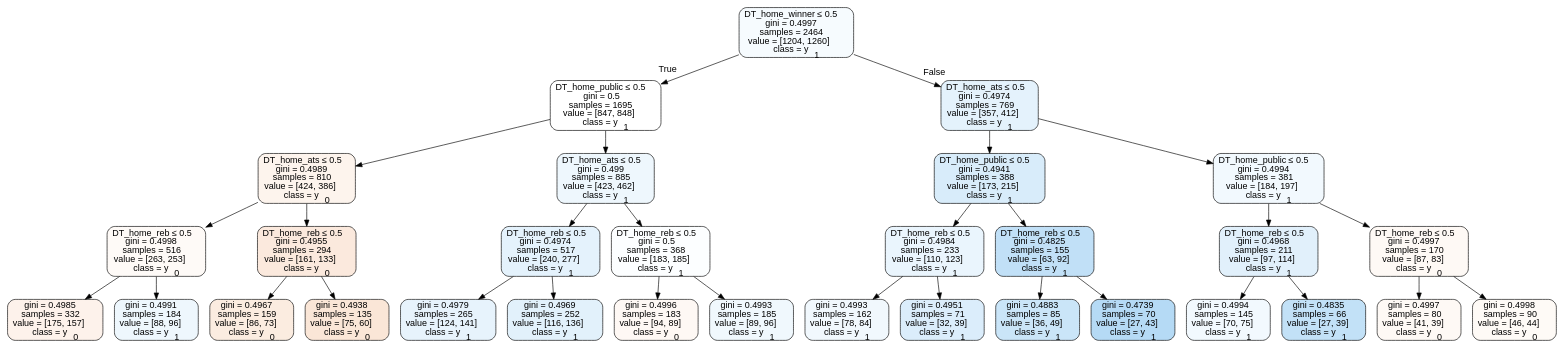
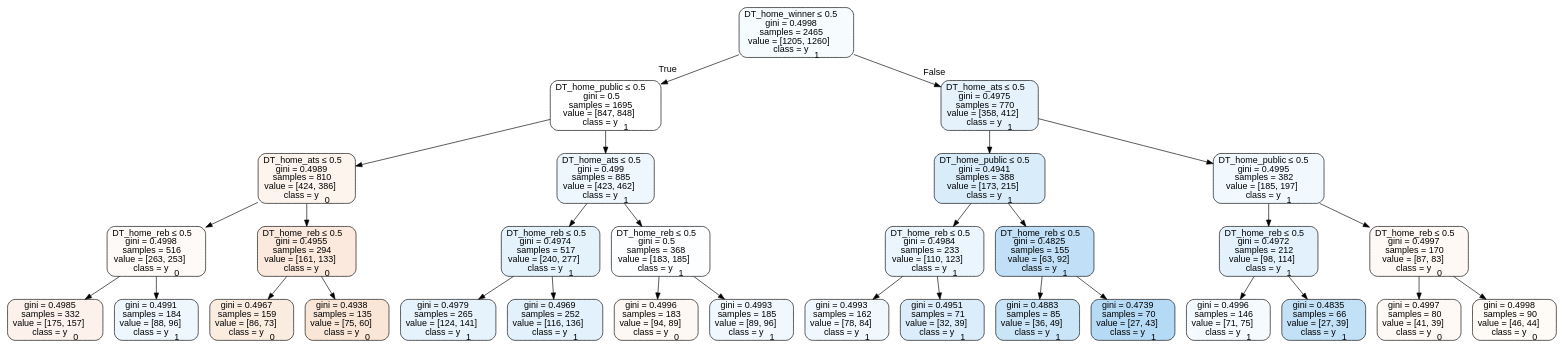
The diagram in Basketball/data/trees/tree2016neutral.dot (usbogie/ncaa-bets), drawn with Graphviz before and after one commit. The commit also changed 33 other files, not shown here.

```diff
--- a/Basketball/data/trees/tree2016neutral.dot
+++ b/Basketball/data/trees/tree2016neutral.dot
@@ -1,65 +1,65 @@
 digraph Tree {
 node [shape=box, style="filled, rounded", color="black", fontname=helvetica] ;
 edge [fontname=helvetica] ;
-0 [label=<DT_home_winner &le; 0.5<br/>gini = 0.4997<br/>samples = 2464<br/>value = [1204, 1260]<br/>class = y<SUB>1</SUB>>, fillcolor="#399de50b"] ;
+0 [label=<DT_home_winner &le; 0.5<br/>gini = 0.4998<br/>samples = 2465<br/>value = [1205, 1260]<br/>class = y<SUB>1</SUB>>, fillcolor="#399de50b"] ;
 1 [label=<DT_home_public &le; 0.5<br/>gini = 0.5<br/>samples = 1695<br/>value = [847, 848]<br/>class = y<SUB>1</SUB>>, fillcolor="#399de500"] ;
 0 -> 1 [labeldistance=2.5, labelangle=45, headlabel="True"] ;
 2 [label=<DT_home_ats &le; 0.5<br/>gini = 0.4989<br/>samples = 810<br/>value = [424, 386]<br/>class = y<SUB>0</SUB>>, fillcolor="#e5813917"] ;
 1 -> 2 ;
 3 [label=<DT_home_reb &le; 0.5<br/>gini = 0.4998<br/>samples = 516<br/>value = [263, 253]<br/>class = y<SUB>0</SUB>>, fillcolor="#e581390a"] ;
 2 -> 3 ;
 4 [label=<gini = 0.4985<br/>samples = 332<br/>value = [175, 157]<br/>class = y<SUB>0</SUB>>, fillcolor="#e581391a"] ;
 3 -> 4 ;
 5 [label=<gini = 0.4991<br/>samples = 184<br/>value = [88, 96]<br/>class = y<SUB>1</SUB>>, fillcolor="#399de515"] ;
 3 -> 5 ;
 6 [label=<DT_home_reb &le; 0.5<br/>gini = 0.4955<br/>samples = 294<br/>value = [161, 133]<br/>class = y<SUB>0</SUB>>, fillcolor="#e581392c"] ;
 2 -> 6 ;
 7 [label=<gini = 0.4967<br/>samples = 159<br/>value = [86, 73]<br/>class = y<SUB>0</SUB>>, fillcolor="#e5813927"] ;
 6 -> 7 ;
 8 [label=<gini = 0.4938<br/>samples = 135<br/>value = [75, 60]<br/>class = y<SUB>0</SUB>>, fillcolor="#e5813933"] ;
 6 -> 8 ;
 9 [label=<DT_home_ats &le; 0.5<br/>gini = 0.499<br/>samples = 885<br/>value = [423, 462]<br/>class = y<SUB>1</SUB>>, fillcolor="#399de516"] ;
 1 -> 9 ;
 10 [label=<DT_home_reb &le; 0.5<br/>gini = 0.4974<br/>samples = 517<br/>value = [240, 277]<br/>class = y<SUB>1</SUB>>, fillcolor="#399de522"] ;
 9 -> 10 ;
 11 [label=<gini = 0.4979<br/>samples = 265<br/>value = [124, 141]<br/>class = y<SUB>1</SUB>>, fillcolor="#399de51f"] ;
 10 -> 11 ;
 12 [label=<gini = 0.4969<br/>samples = 252<br/>value = [116, 136]<br/>class = y<SUB>1</SUB>>, fillcolor="#399de525"] ;
 10 -> 12 ;
 13 [label=<DT_home_reb &le; 0.5<br/>gini = 0.5<br/>samples = 368<br/>value = [183, 185]<br/>class = y<SUB>1</SUB>>, fillcolor="#399de503"] ;
 9 -> 13 ;
 14 [label=<gini = 0.4996<br/>samples = 183<br/>value = [94, 89]<br/>class = y<SUB>0</SUB>>, fillcolor="#e581390e"] ;
 13 -> 14 ;
 15 [label=<gini = 0.4993<br/>samples = 185<br/>value = [89, 96]<br/>class = y<SUB>1</SUB>>, fillcolor="#399de513"] ;
 13 -> 15 ;
-16 [label=<DT_home_ats &le; 0.5<br/>gini = 0.4974<br/>samples = 769<br/>value = [357, 412]<br/>class = y<SUB>1</SUB>>, fillcolor="#399de522"] ;
+16 [label=<DT_home_ats &le; 0.5<br/>gini = 0.4975<br/>samples = 770<br/>value = [358, 412]<br/>class = y<SUB>1</SUB>>, fillcolor="#399de521"] ;
 0 -> 16 [labeldistance=2.5, labelangle=-45, headlabel="False"] ;
 17 [label=<DT_home_public &le; 0.5<br/>gini = 0.4941<br/>samples = 388<br/>value = [173, 215]<br/>class = y<SUB>1</SUB>>, fillcolor="#399de532"] ;
 16 -> 17 ;
 18 [label=<DT_home_reb &le; 0.5<br/>gini = 0.4984<br/>samples = 233<br/>value = [110, 123]<br/>class = y<SUB>1</SUB>>, fillcolor="#399de51b"] ;
 17 -> 18 ;
 19 [label=<gini = 0.4993<br/>samples = 162<br/>value = [78, 84]<br/>class = y<SUB>1</SUB>>, fillcolor="#399de512"] ;
 18 -> 19 ;
 20 [label=<gini = 0.4951<br/>samples = 71<br/>value = [32, 39]<br/>class = y<SUB>1</SUB>>, fillcolor="#399de52e"] ;
 18 -> 20 ;
 21 [label=<DT_home_reb &le; 0.5<br/>gini = 0.4825<br/>samples = 155<br/>value = [63, 92]<br/>class = y<SUB>1</SUB>>, fillcolor="#399de550"] ;
 17 -> 21 ;
 22 [label=<gini = 0.4883<br/>samples = 85<br/>value = [36, 49]<br/>class = y<SUB>1</SUB>>, fillcolor="#399de544"] ;
 21 -> 22 ;
 23 [label=<gini = 0.4739<br/>samples = 70<br/>value = [27, 43]<br/>class = y<SUB>1</SUB>>, fillcolor="#399de55f"] ;
 21 -> 23 ;
-24 [label=<DT_home_public &le; 0.5<br/>gini = 0.4994<br/>samples = 381<br/>value = [184, 197]<br/>class = y<SUB>1</SUB>>, fillcolor="#399de511"] ;
+24 [label=<DT_home_public &le; 0.5<br/>gini = 0.4995<br/>samples = 382<br/>value = [185, 197]<br/>class = y<SUB>1</SUB>>, fillcolor="#399de510"] ;
 16 -> 24 ;
-25 [label=<DT_home_reb &le; 0.5<br/>gini = 0.4968<br/>samples = 211<br/>value = [97, 114]<br/>class = y<SUB>1</SUB>>, fillcolor="#399de526"] ;
+25 [label=<DT_home_reb &le; 0.5<br/>gini = 0.4972<br/>samples = 212<br/>value = [98, 114]<br/>class = y<SUB>1</SUB>>, fillcolor="#399de524"] ;
 24 -> 25 ;
-26 [label=<gini = 0.4994<br/>samples = 145<br/>value = [70, 75]<br/>class = y<SUB>1</SUB>>, fillcolor="#399de511"] ;
+26 [label=<gini = 0.4996<br/>samples = 146<br/>value = [71, 75]<br/>class = y<SUB>1</SUB>>, fillcolor="#399de50e"] ;
 25 -> 26 ;
 27 [label=<gini = 0.4835<br/>samples = 66<br/>value = [27, 39]<br/>class = y<SUB>1</SUB>>, fillcolor="#399de54e"] ;
 25 -> 27 ;
 28 [label=<DT_home_reb &le; 0.5<br/>gini = 0.4997<br/>samples = 170<br/>value = [87, 83]<br/>class = y<SUB>0</SUB>>, fillcolor="#e581390c"] ;
 24 -> 28 ;
 29 [label=<gini = 0.4997<br/>samples = 80<br/>value = [41, 39]<br/>class = y<SUB>0</SUB>>, fillcolor="#e581390c"] ;
 28 -> 29 ;
 30 [label=<gini = 0.4998<br/>samples = 90<br/>value = [46, 44]<br/>class = y<SUB>0</SUB>>, fillcolor="#e581390b"] ;
 28 -> 30 ;
 }
```
